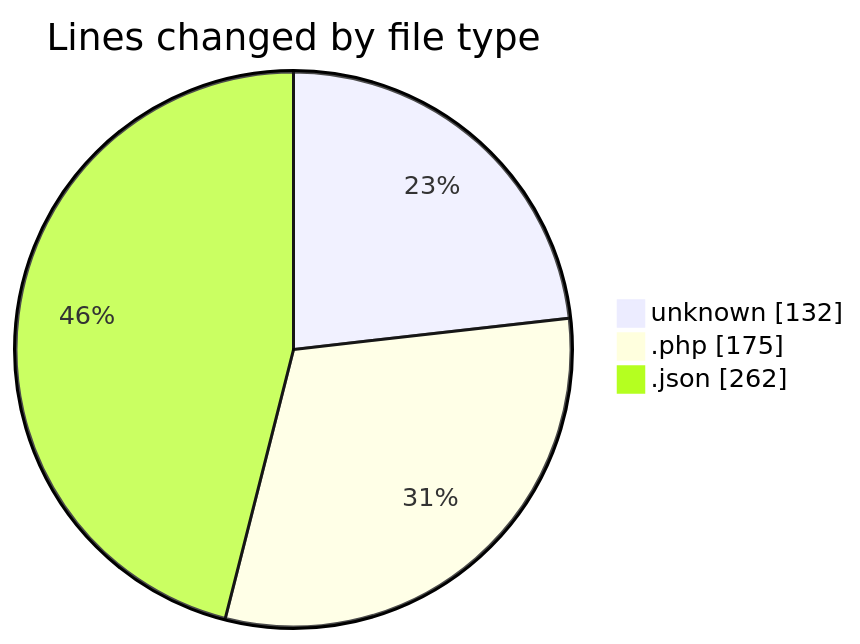
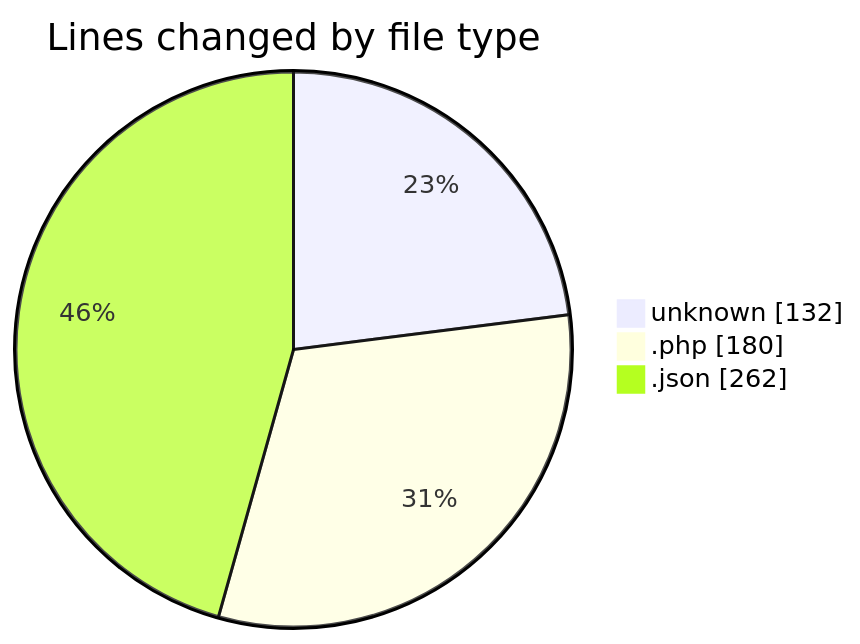
One commit to idhammustaqopulfikri/code-tracking changed the first of 2 diagrams in 2025-11-13/futsal-recommender/README.md. Above: the diagram before and after it, drawn with Mermaid. The commit also changed other lines of this file and 1 other file, not shown here.

````diff
--- a/2025-11-13/futsal-recommender/README.md
+++ b/2025-11-13/futsal-recommender/README.md
@@ -24,7 +24,7 @@
 ```mermaid
 pie showData
 title Lines changed by file type
 "unknown" : 132
-".php" : 175
+".php" : 180
 ".json" : 262
 ```
````
